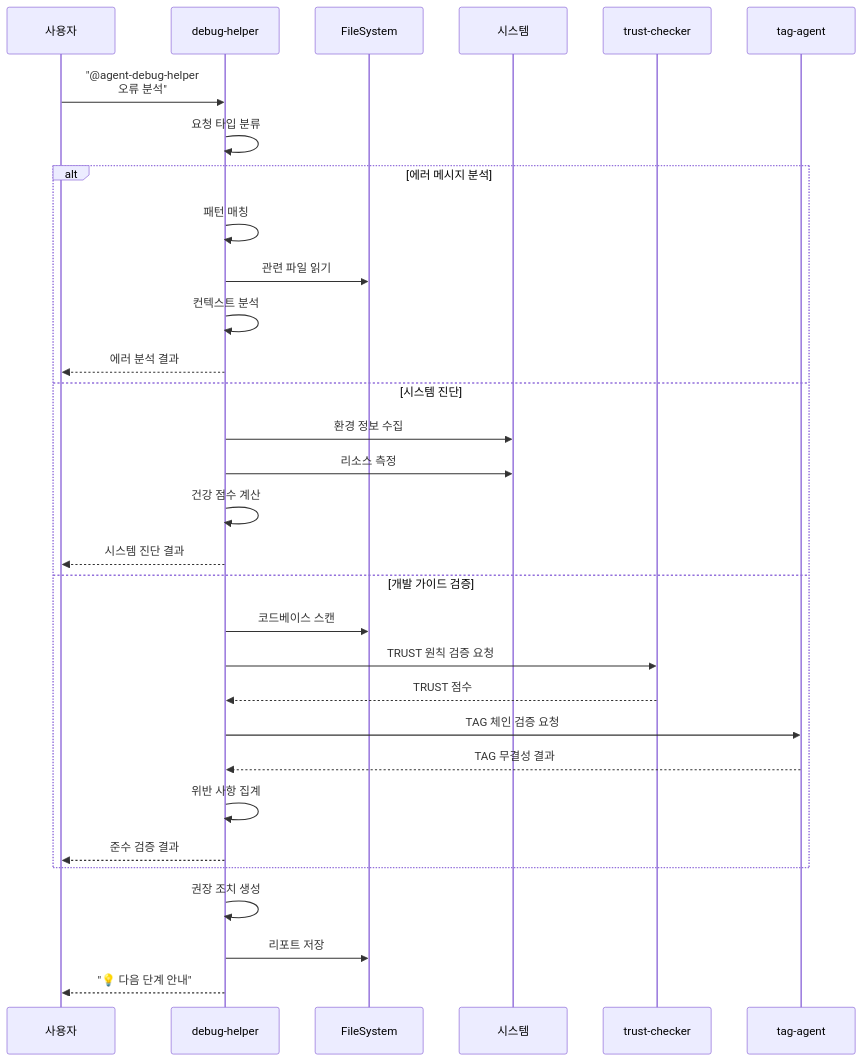
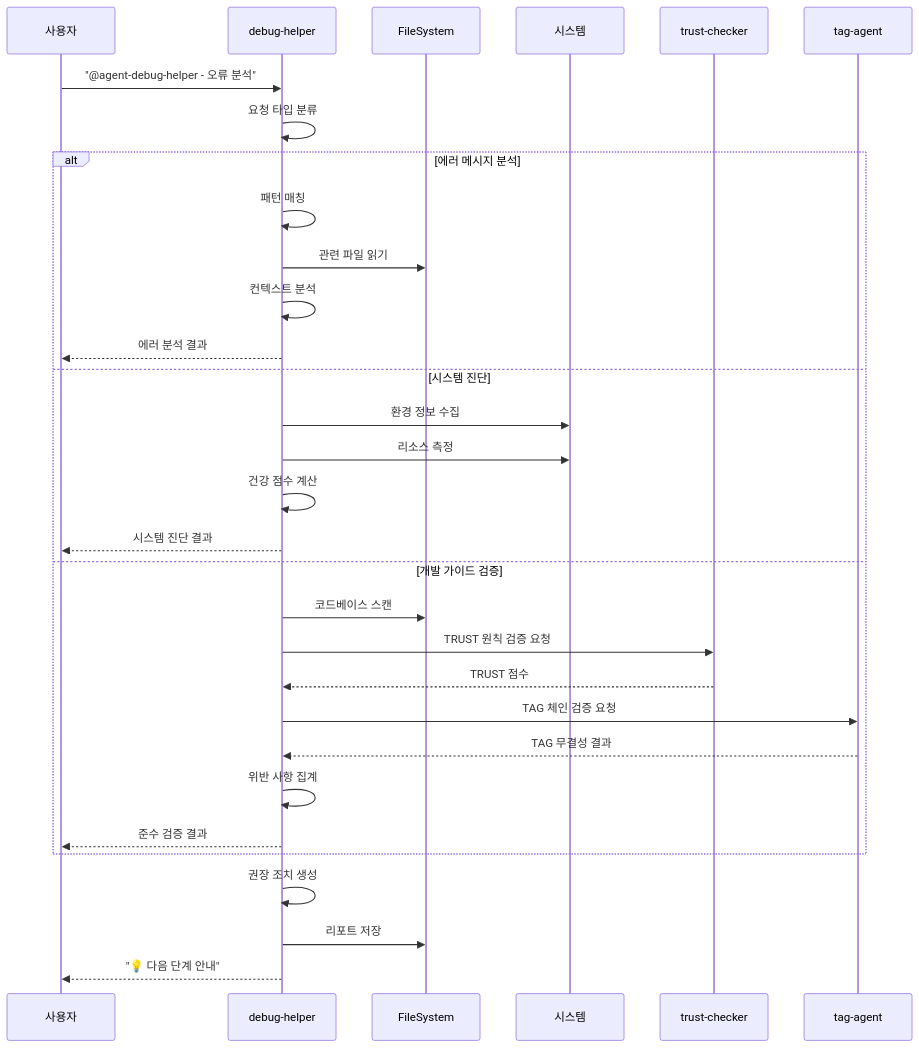
One commit to modu-ai/moai-adk changed the third of 3 diagrams in docs/claude/agents/debug-helper.md. Above: the diagram before and after it, drawn with Mermaid. The commit also changed other lines of this file and 447 other files, not shown here.

````diff
--- a/docs/claude/agents/debug-helper.md
+++ b/docs/claude/agents/debug-helper.md
@@ -661,40 +661,40 @@
 ```mermaid
 sequenceDiagram
     participant U as 사용자
     participant DH as debug-helper
     participant FS as FileSystem
     participant SYS as 시스템
     participant TC as trust-checker
     participant TA as tag-agent
 
-    U->>DH: "@agent-debug-helper<br/>오류 분석"
+    U->>DH: "@agent-debug-helper - 오류 분석"
 
     DH->>DH: 요청 타입 분류
 
     alt 에러 메시지 분석
         DH->>DH: 패턴 매칭
         DH->>FS: 관련 파일 읽기
         DH->>DH: 컨텍스트 분석
         DH-->>U: 에러 분석 결과
 
     else 시스템 진단
         DH->>SYS: 환경 정보 수집
         DH->>SYS: 리소스 측정
         DH->>DH: 건강 점수 계산
         DH-->>U: 시스템 진단 결과
 
     else 개발 가이드 검증
         DH->>FS: 코드베이스 스캔
         DH->>TC: TRUST 원칙 검증 요청
         TC-->>DH: TRUST 점수
         DH->>TA: TAG 체인 검증 요청
         TA-->>DH: TAG 무결성 결과
         DH->>DH: 위반 사항 집계
         DH-->>U: 준수 검증 결과
     end
 
     DH->>DH: 권장 조치 생성
     DH->>FS: 리포트 저장
 
     DH-->>U: "💡 다음 단계 안내"
 ```
````
